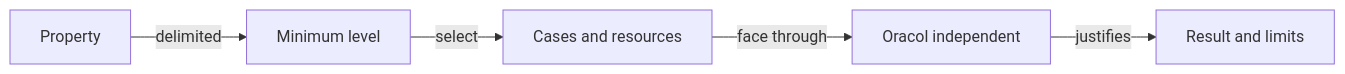
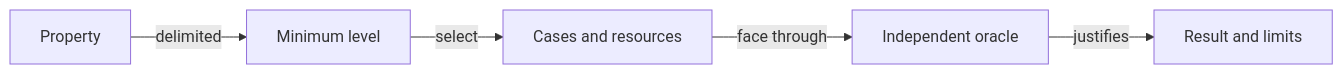
The diagram in docs/testing/README.md (crististefanita/atf_j4), drawn with Mermaid before and after one commit. The commit also changed other lines of this file and 84 other files, not shown here.

````diff
--- a/docs/testing/README.md
+++ b/docs/testing/README.md
@@ -28,7 +28,7 @@
 ```mermaid
 flowchart LR
     CONTRACT[Property] -->|delimited| LEVEL[Minimum level]
     LEVEL -->|select| SUITE[Cases and resources]
-    SUITE -->|face through| ORACLE[Oracol independent]
+    SUITE -->|face through| ORACLE[Independent oracle]
     ORACLE -->|justifies| RESULT[Result and limits]
 ```
````
